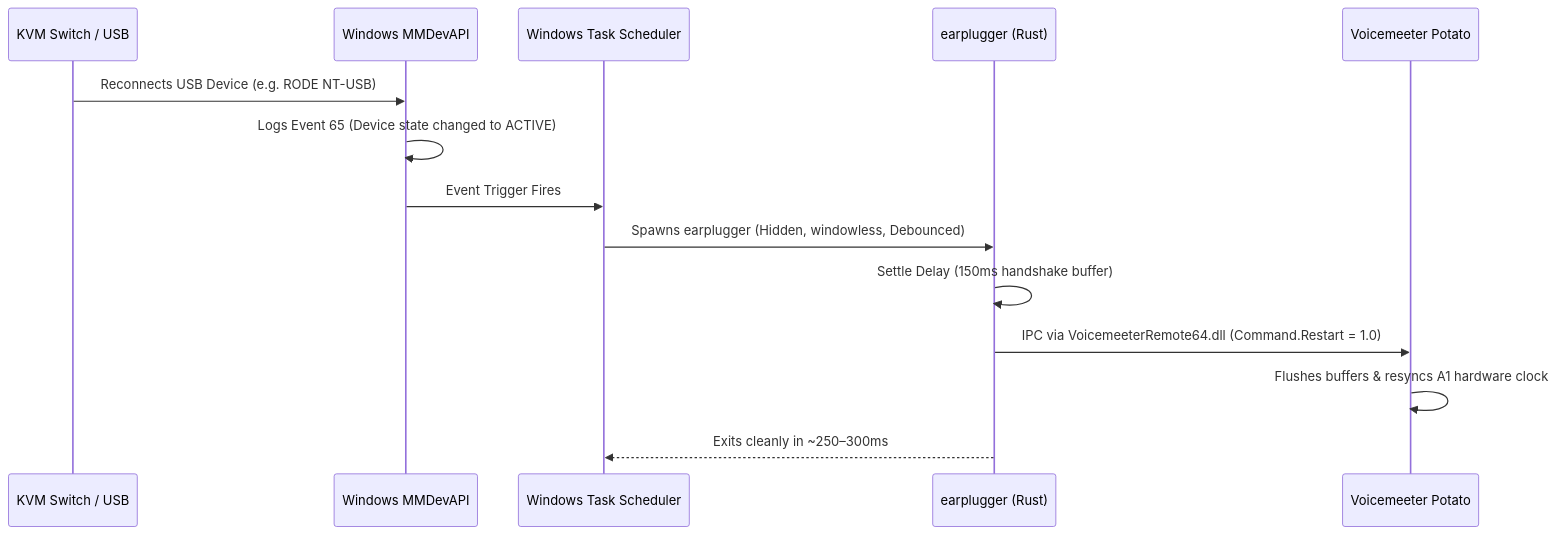
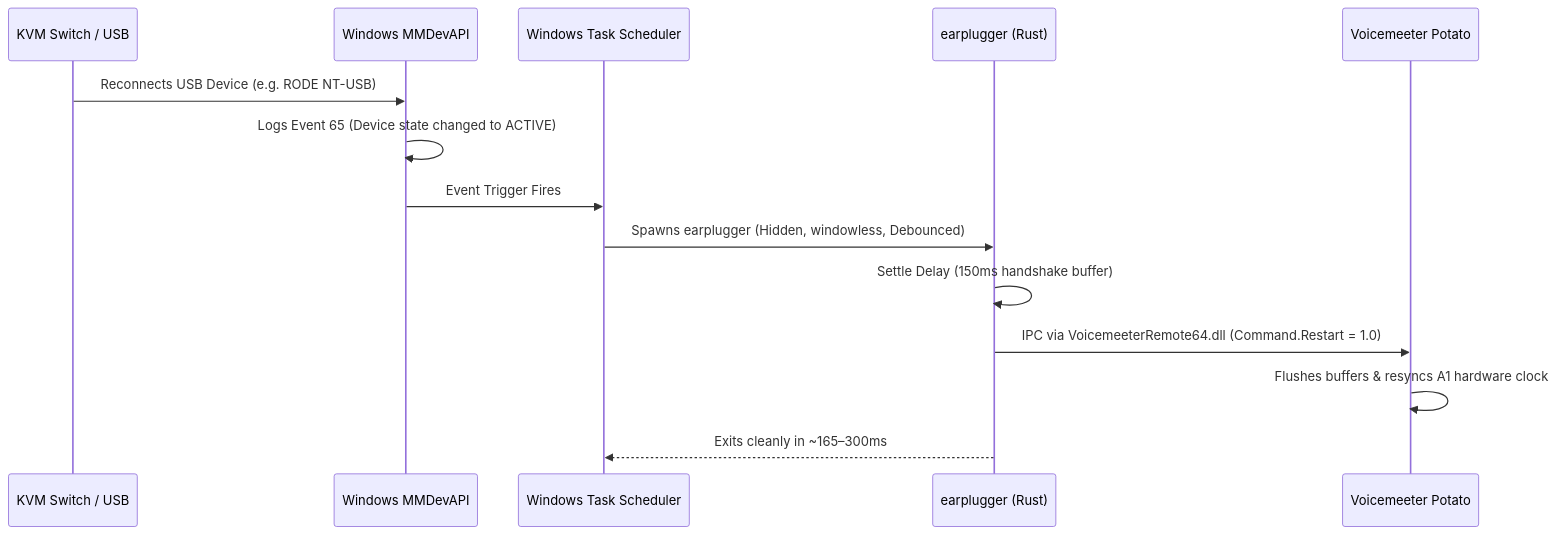
The diagram in README.md (johnathangallagher/earplugger), drawn with Mermaid before and after one commit. The commit also changed other lines of this file and 2 other files, not shown here.

````diff
--- a/README.md
+++ b/README.md
@@ -40,17 +40,17 @@
 ```mermaid
 sequenceDiagram
     participant KVM as KVM Switch / USB
     participant Win as Windows MMDevAPI
     participant Task as Windows Task Scheduler
     participant EP as earplugger (Rust)
     participant VM as Voicemeeter Potato
 
     KVM->>Win: Reconnects USB Device (e.g. RODE NT-USB)
     Win->>Win: Logs Event 65 (Device state changed to ACTIVE)
     Win->>Task: Event Trigger Fires
     Task->>EP: Spawns earplugger (Hidden, windowless, Debounced)
     EP->>EP: Settle Delay (150ms handshake buffer)
     EP->>VM: IPC via VoicemeeterRemote64.dll (Command.Restart = 1.0)
     VM->>VM: Flushes buffers & resyncs A1 hardware clock
-    EP-->>Task: Exits cleanly in ~250–300ms
+    EP-->>Task: Exits cleanly in ~165–300ms
 ```
````
